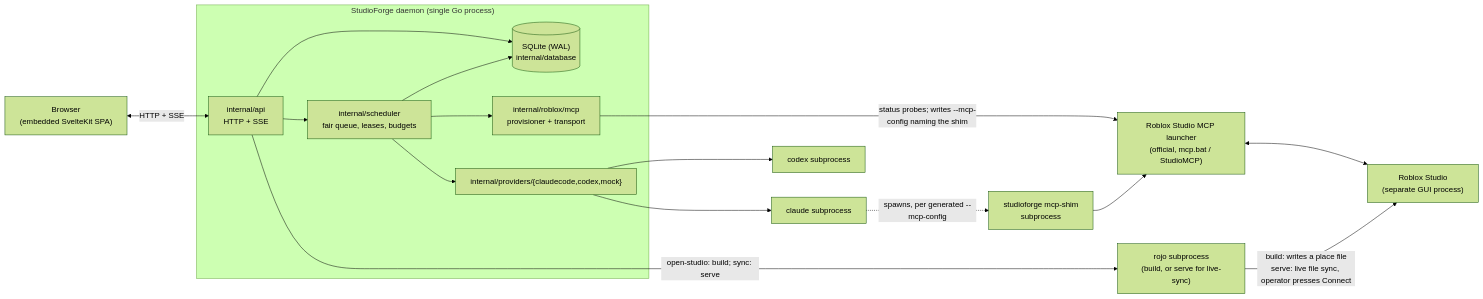
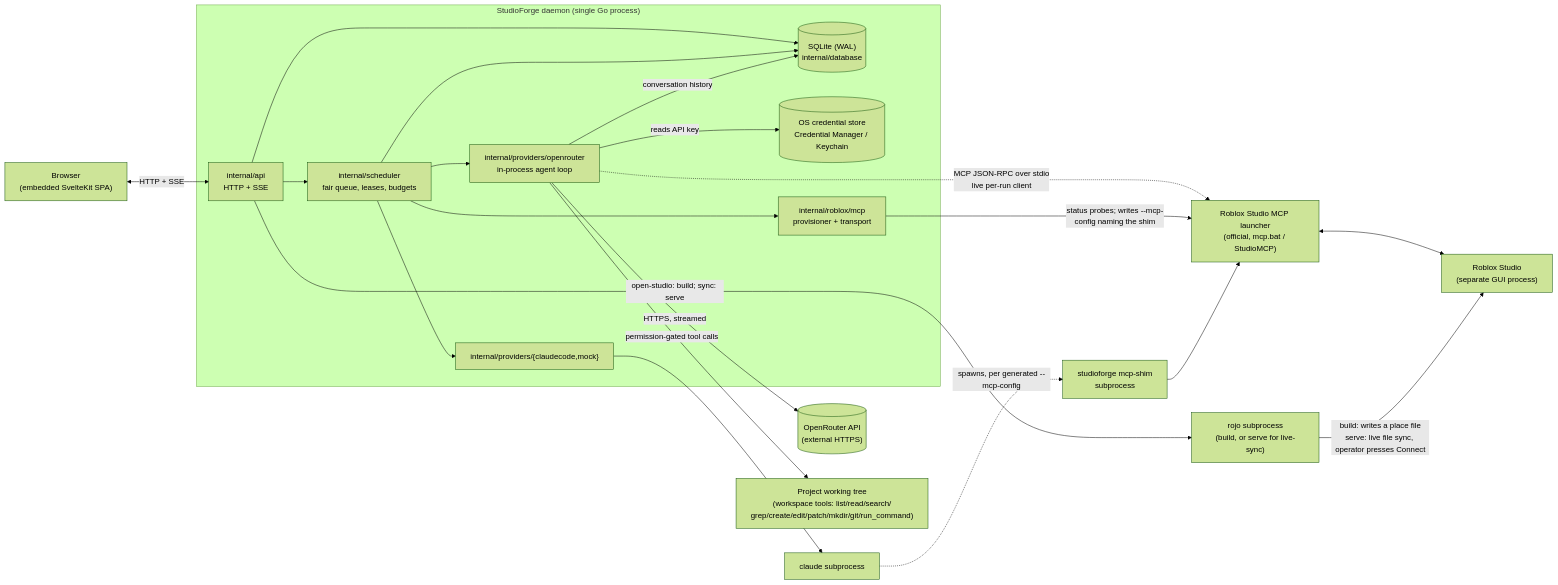
One commit to 10kkyvl/studioforge changed the diagram in docs/ARCHITECTURE.md. Above: the diagram before and after it, drawn with Mermaid (forest theme). The commit also changed other lines of this file and 23 other files, not shown here.

First line of the commit message:
docs: document the OpenRouter migration and refresh guides

````diff
--- a/docs/ARCHITECTURE.md
+++ b/docs/ARCHITECTURE.md
@@ -547,34 +627,42 @@
 ```mermaid
 flowchart LR
     Browser["Browser<br/>(embedded SvelteKit SPA)"]
 
     subgraph Daemon["StudioForge daemon (single Go process)"]
         API["internal/api<br/>HTTP + SSE"]
         Scheduler["internal/scheduler<br/>fair queue, leases, budgets"]
         DB[("SQLite (WAL)<br/>internal/database")]
-        Providers["internal/providers/{claudecode,codex,mock}"]
+        Providers["internal/providers/{claudecode,mock}"]
+        OR["internal/providers/openrouter<br/>in-process agent loop"]
+        Secure[("OS credential store<br/>Credential Manager / Keychain")]
         MCP["internal/roblox/mcp<br/>provisioner + transport"]
     end
 
     Claude["claude subprocess"]
-    Codex["codex subprocess"]
     Shim["studioforge mcp-shim<br/>subprocess"]
     Launcher["Roblox Studio MCP launcher<br/>(official, mcp.bat / StudioMCP)"]
     Studio["Roblox Studio<br/>(separate GUI process)"]
     Rojo["rojo subprocess<br/>(build, or serve for live-sync)"]
+    ORAPI[("OpenRouter API<br/>(external HTTPS)")]
+    WS["Project working tree<br/>(workspace tools: list/read/search/<br/>grep/create/edit/patch/mkdir/git/run_command)"]
 
     Browser <-->|HTTP + SSE| API
     API --> Scheduler
     API --> DB
     Scheduler --> DB
     Scheduler --> Providers
+    Scheduler --> OR
     Scheduler --> MCP
     Providers --> Claude
-    Providers --> Codex
+    OR -->|HTTPS, streamed| ORAPI
+    OR -->|reads API key| Secure
+    OR -->|conversation history| DB
+    OR -->|permission-gated tool calls| WS
+    OR -.->|MCP JSON-RPC over stdio<br/>live per-run client| Launcher
     MCP -->|status probes; writes --mcp-config naming the shim| Launcher
     Claude -.->|spawns, per generated --mcp-config| Shim
     Shim --> Launcher
     Launcher <--> Studio
     API -->|open-studio: build; sync: serve| Rojo
     Rojo -->|build: writes a place file<br/>serve: live file sync, operator presses Connect| Studio
 ```
````
